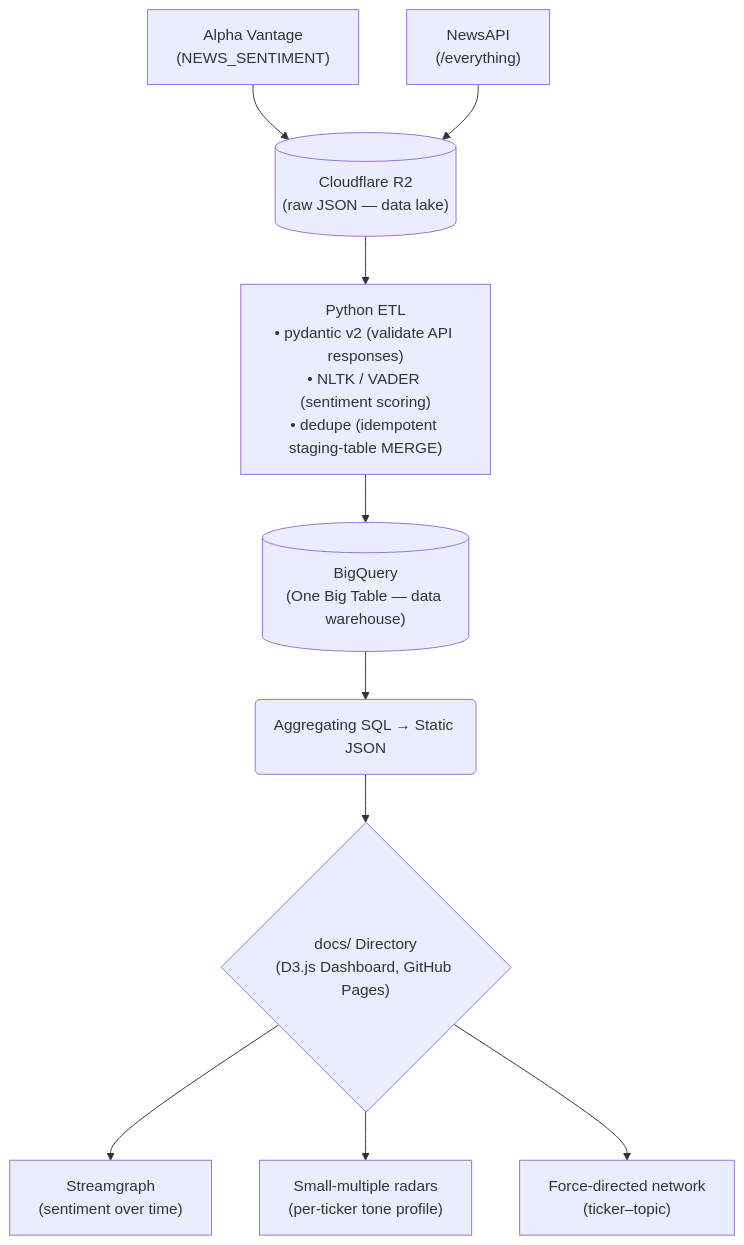
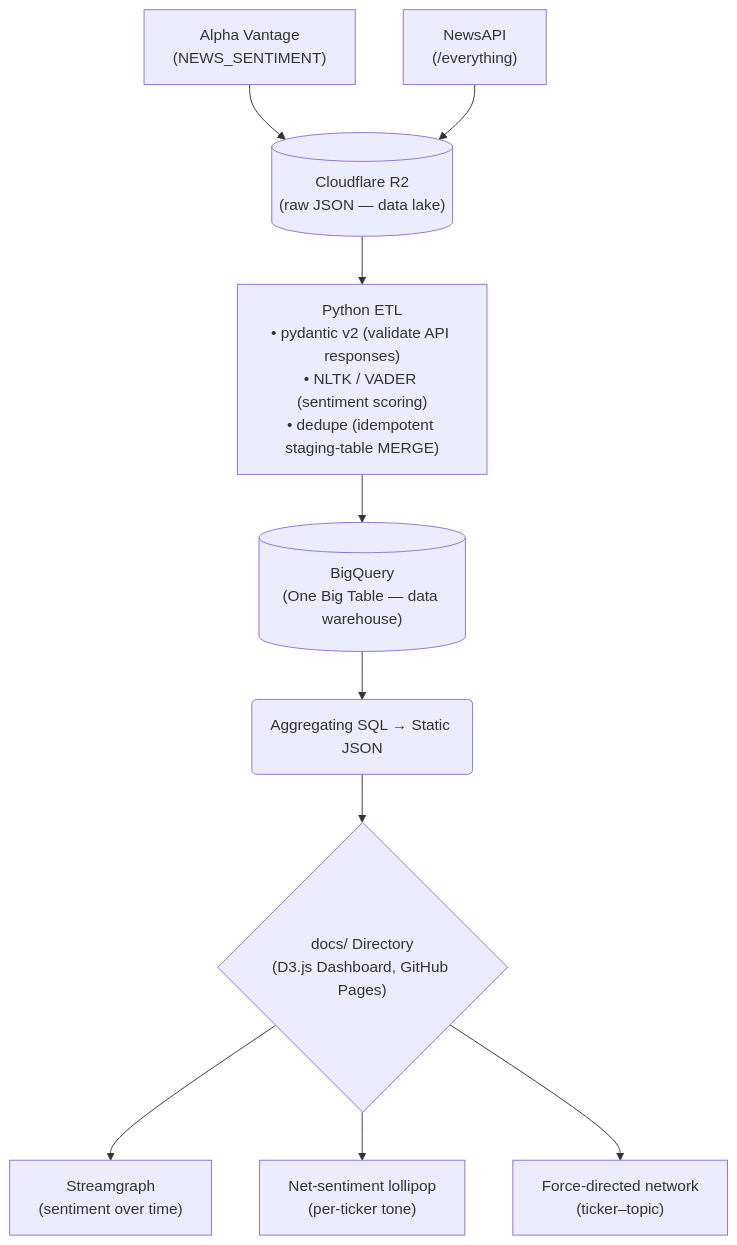
Before and after one commit to jdpretorius123/market_sentiment: the first of 2 diagrams in README.md, drawn with Mermaid. The commit also changed other lines of this file and 8 other files, not shown here.

Commit message:
Switched From Radar to Lollipop Chart & Corrected Stale Refs and Paths

````diff
--- a/README.md
+++ b/README.md
@@ -33,23 +33,23 @@
 ```mermaid
 flowchart TD
     %% Data Sources
     AV["Alpha Vantage<br/>(NEWS_SENTIMENT)"] --> R2
     NA["NewsAPI<br/>(/everything)"] --> R2
 
     %% Data Lake
     R2[("Cloudflare R2<br/>(raw JSON — data lake)")] --> ETL
 
     %% Processing
     ETL["Python ETL<br/>• pydantic v2 (validate API responses)<br/>• NLTK / VADER (sentiment scoring)<br/>• dedupe (idempotent staging-table MERGE)"] --> BQ
 
     %% Data Warehouse
     BQ[("BigQuery<br/>(One Big Table — data warehouse)")] --> SQL("Aggregating SQL → Static JSON")
 
     %% Frontend / Dashboard
     SQL --> D3{"docs/ Directory<br/>(D3.js Dashboard, GitHub Pages)"}
 
     %% Visualizations
     D3 --> SG["Streamgraph<br/>(sentiment over time)"]
-    D3 --> RAD["Small-multiple radars<br/>(per-ticker tone profile)"]
+    D3 --> LOL["Net-sentiment lollipop<br/>(per-ticker tone)"]
     D3 --> NET["Force-directed network<br/>(ticker–topic)"]
 ```
````
